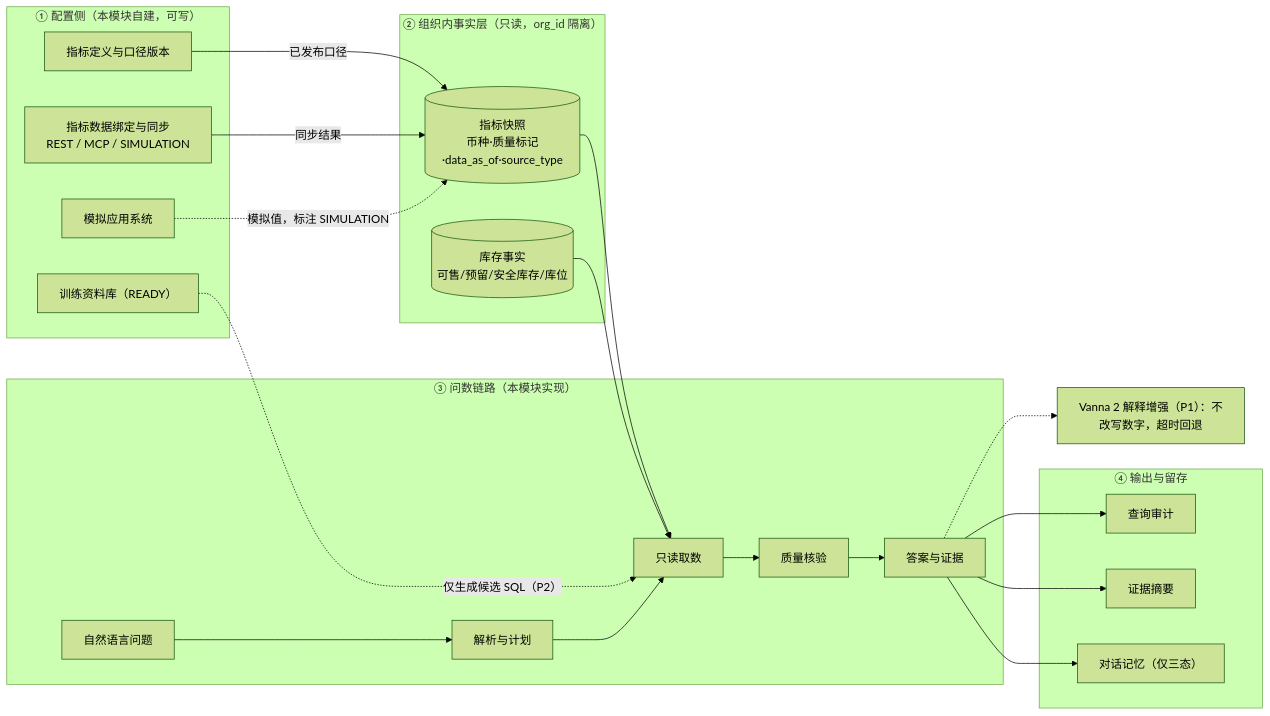
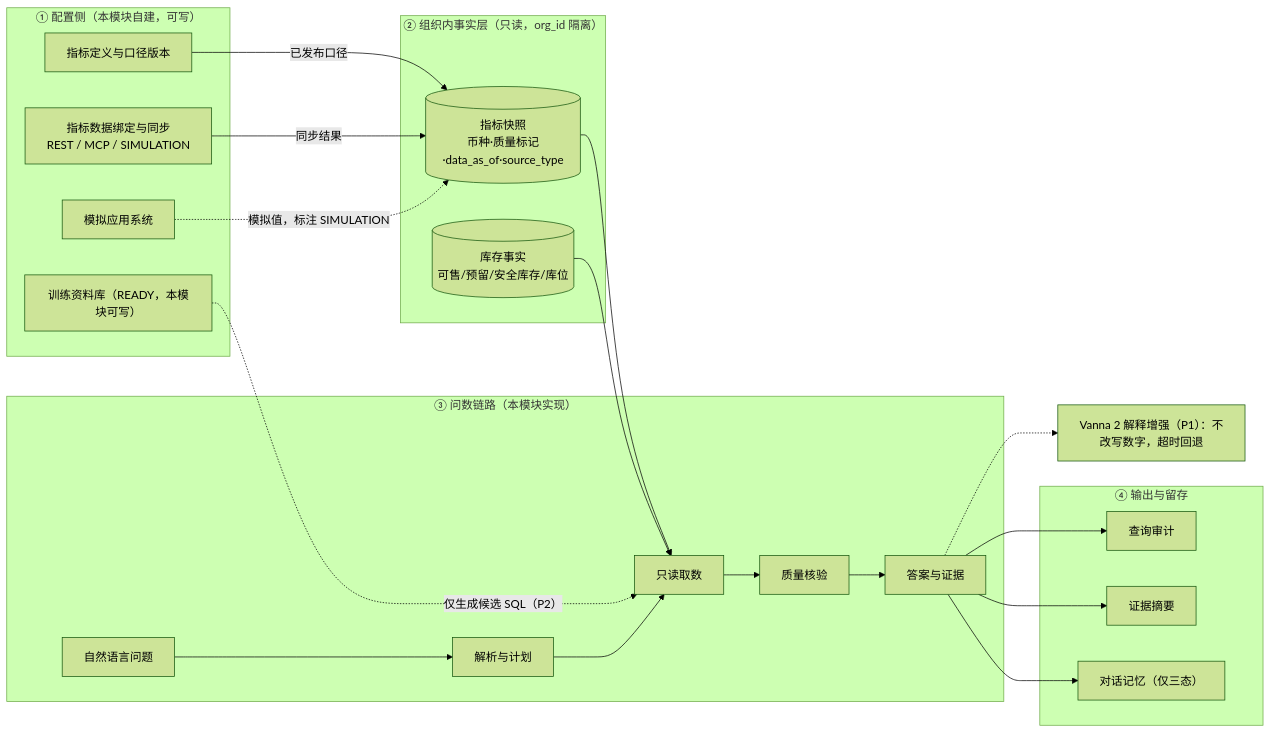
One commit to Spring-Chen25/AI-commerce changed the diagram in ai_ecommerce/docs/attachments/flow-qa-data.mmd. Above: the diagram before and after it, drawn with Mermaid (forest theme). The commit also changed 14 other files, not shown here.

```diff
--- a/ai_ecommerce/docs/attachments/flow-qa-data.mmd
+++ b/ai_ecommerce/docs/attachments/flow-qa-data.mmd
@@ -1,33 +1,33 @@
 %% 图 flow-qa-data 智能问数数据流向（Mermaid 源码；成图见 flow-qa-data.svg / .png）
 flowchart LR
     subgraph UP["① 配置侧（本模块自建，可写）"]
       A1["指标定义与口径版本"]
       A2["指标数据绑定与同步<br/>REST / MCP / SIMULATION"]
       A3["模拟应用系统"]
-      A4["训练资料库（READY）"]
+      A4["训练资料库（READY，本模块可写）"]
     end
     subgraph FACT["② 组织内事实层（只读，org_id 隔离）"]
       B1[("指标快照<br/>币种·质量标记·data_as_of·source_type")]
       B2[("库存事实<br/>可售/预留/安全库存/库位")]
     end
     subgraph QA["③ 问数链路（本模块实现）"]
       C1["自然语言问题"] --> C2["解析与计划"] --> C3["只读取数"] --> C4["质量核验"] --> C5["答案与证据"]
     end
     subgraph OUT["④ 输出与留存"]
       D1["对话记忆（仅三态）"]
       D2["证据摘要"]
       D3["查询审计"]
     end
     A1 -->|已发布口径| B1
     A2 -->|同步结果| B1
     A3 -.->|模拟值，标注 SIMULATION| B1
     B1 --> C3
     B2 --> C3
     A4 -.->|仅生成候选 SQL（P2）| C3
     C5 --> D1
     C5 --> D2
     C5 --> D3
     C5 -.-> V["Vanna 2 解释增强（P1）：不改写数字，超时回退"]
 
     %% 四类数据性质：SIMULATION / SYNC / SNAPSHOT / TRAINING-LLM
     %% 硬约束：跨币种不合计；缺失不补 0；NO_DATA ≠ UNAVAILABLE；同日多版本取最高；答案必须带 data_as_of
```
